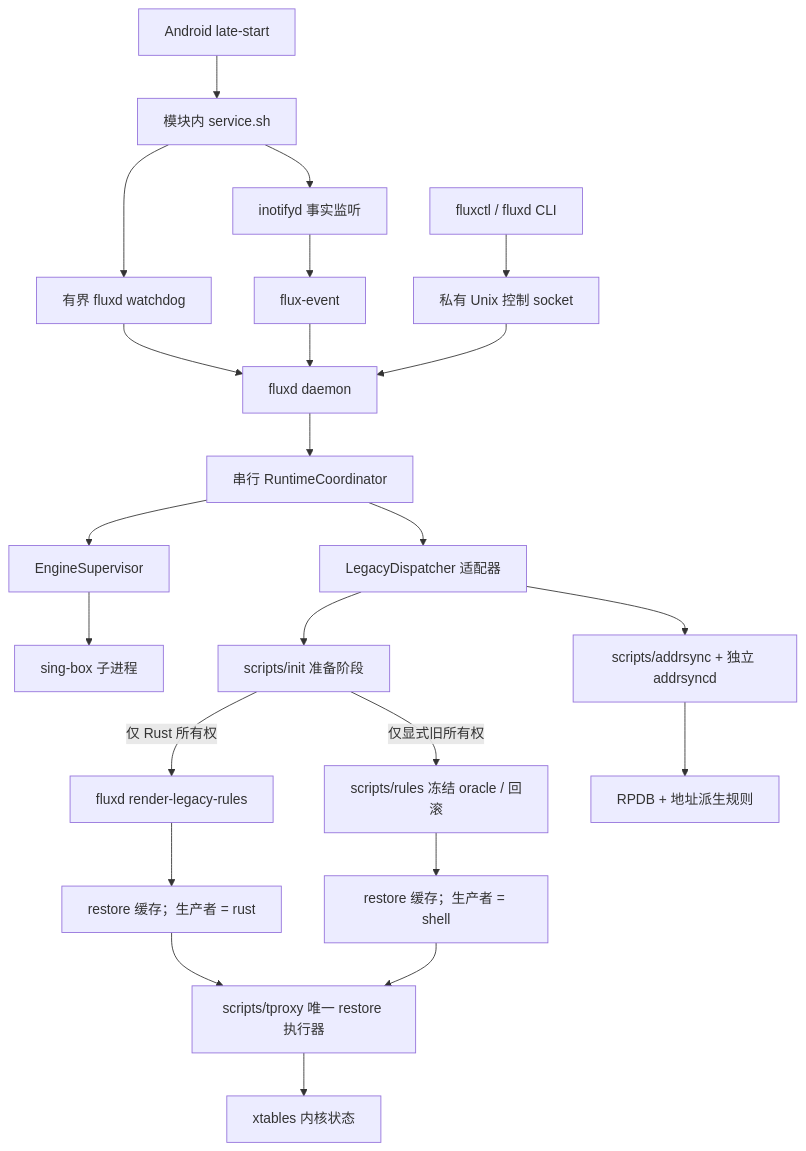
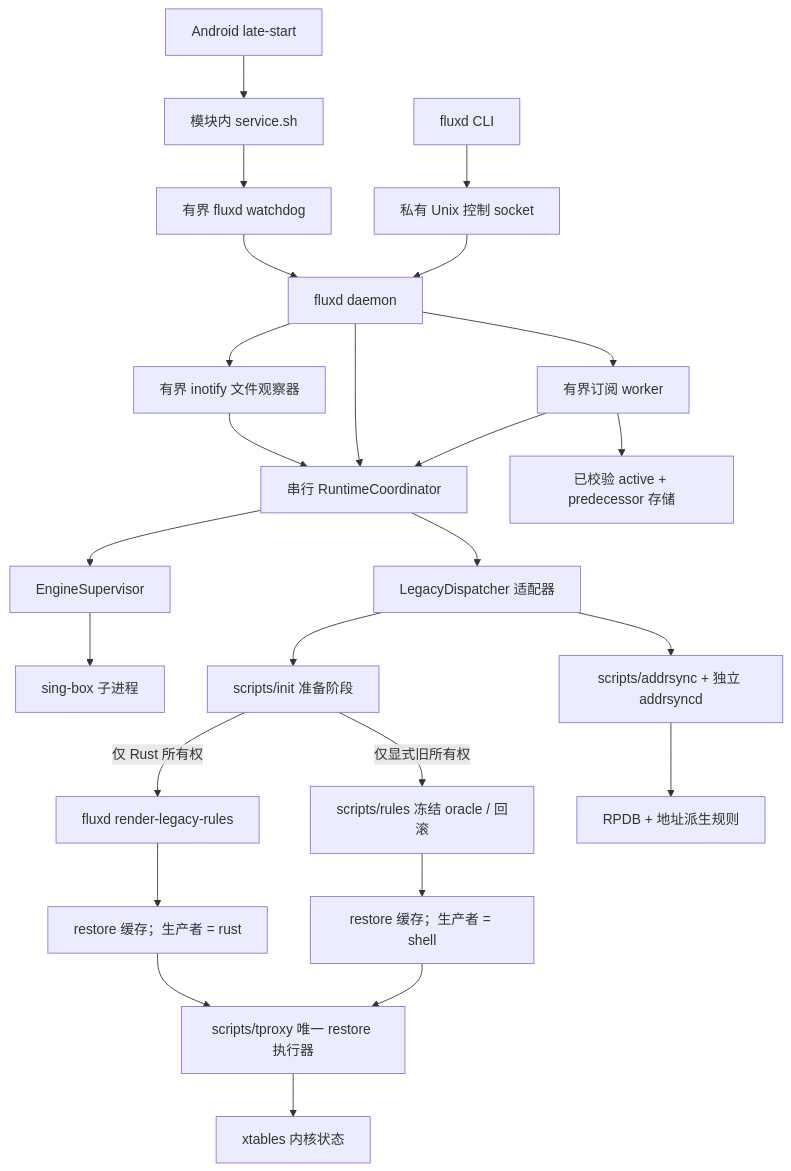
Before and after one commit to Chth1z/Flux: the diagram in README_zh.md, drawn with Mermaid. The commit also changed other lines of this file and 100 other files, not shown here.

````diff
--- a/README_zh.md
+++ b/README_zh.md
@@ -89,25 +96,27 @@
 ```mermaid
 flowchart TD
     Boot["Android late-start"] --> Service["模块内 service.sh"]
     Service --> Watchdog["有界 fluxd watchdog"]
     Watchdog --> Fluxd["fluxd daemon"]
-    Service --> Inotify["inotifyd 事实监听"]
-    Inotify --> Event["flux-event"]
-    Event --> Fluxd
-    CLI["fluxctl / fluxd CLI"] --> Socket["私有 Unix 控制 socket"]
+    CLI["fluxd CLI"] --> Socket["私有 Unix 控制 socket"]
     Socket --> Fluxd
+    Fluxd --> Observer["有界 inotify 文件观察器"]
+    Observer --> Coordinator
     Fluxd --> Coordinator["串行 RuntimeCoordinator"]
+    Fluxd --> Subscription["有界订阅 worker"]
+    Subscription --> Store["已校验 active + predecessor 存储"]
+    Subscription --> Coordinator
     Coordinator --> Engine["EngineSupervisor"]
     Engine --> SingBox["sing-box 子进程"]
     Coordinator --> Bridge["LegacyDispatcher 适配器"]
     Bridge --> Init["scripts/init 准备阶段"]
     Init -->|"仅 Rust 所有权"| Renderer["fluxd render-legacy-rules"]
     Init -->|"仅显式旧所有权"| Oracle["scripts/rules 冻结 oracle / 回滚"]
     Renderer --> Cache["restore 缓存；生产者 = rust"]
     Oracle --> CacheLegacy["restore 缓存；生产者 = shell"]
     Cache --> Tproxy["scripts/tproxy 唯一 restore 执行器"]
     CacheLegacy --> Tproxy
     Tproxy --> Kernel["xtables 内核状态"]
     Bridge --> AddrSync["scripts/addrsync + 独立 addrsyncd"]
     AddrSync --> KernelPolicy["RPDB + 地址派生规则"]
 ```
````
